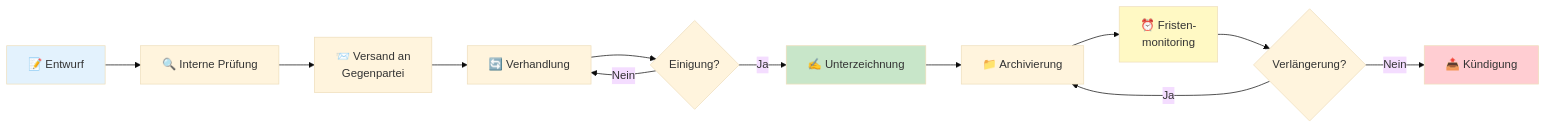
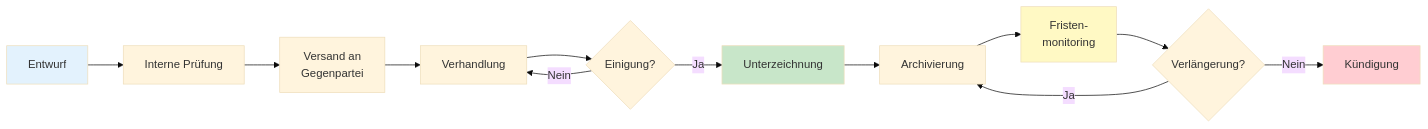
Before and after one commit to justinsz/ProPrompt: the first of 2 diagrams in law_de.md, drawn with Mermaid (base theme). The commit also changed other lines of this file and 11 other files, not shown here.

````diff
--- a/law_de.md
+++ b/law_de.md
@@ -124,19 +124,19 @@
 ```mermaid
 flowchart LR
-    A[📝 Entwurf] --> B[🔍 Interne Prüfung]
-    B --> C[📨 Versand an<br/>Gegenpartei]
-    C --> D[🔄 Verhandlung]
+    A[Entwurf] --> B[Interne Prüfung]
+    B --> C[Versand an<br/>Gegenpartei]
+    C --> D[Verhandlung]
     D --> E{Einigung?}
-    E -- Ja --> F[✍️ Unterzeichnung]
+    E -- Ja --> F[Unterzeichnung]
     E -- Nein --> D
-    F --> G[📁 Archivierung]
-    G --> H[⏰ Fristen-<br/>monitoring]
+    F --> G[Archivierung]
+    G --> H[Fristen-<br/>monitoring]
     H --> I{Verlängerung?}
     I -- Ja --> G
-    I -- Nein --> J[📤 Kündigung]
+    I -- Nein --> J[Kündigung]
 
     style A fill:#e3f2fd
     style F fill:#c8e6c9
     style H fill:#fff9c4
     style J fill:#ffcdd2
 ```
````
